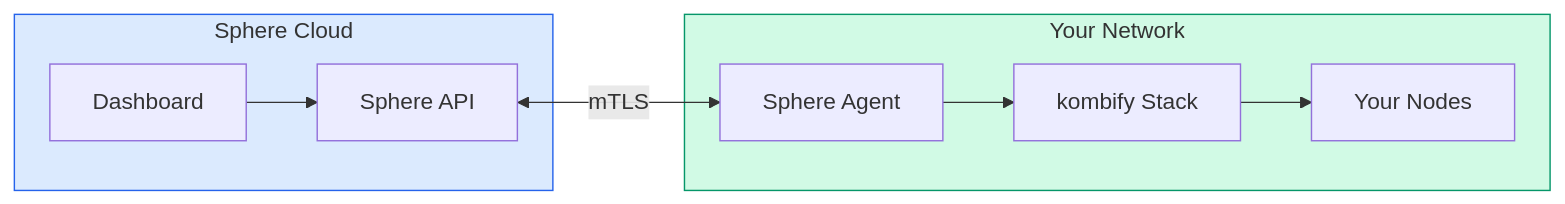
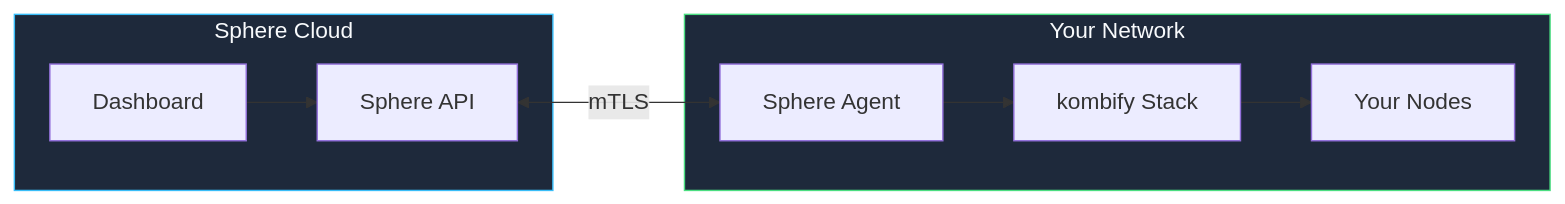
The diagram in sphere/getting-started.mdx (KombiverseLabs/docs), drawn with Mermaid before and after one commit. The commit also changed 33 other files, not shown here.

````diff
--- a/sphere/getting-started.mdx
+++ b/sphere/getting-started.mdx
@@ -64,21 +64,21 @@
 ```mermaid
 graph LR
     subgraph Sphere["Sphere Cloud"]
         Dashboard["Dashboard"]
         API["Sphere API"]
     end
     
     subgraph YourNetwork["Your Network"]
         Agent["Sphere Agent"]
         Stack["kombify Stack"]
         Nodes["Your Nodes"]
     end
     
     Dashboard --> API
     API <-->|mTLS| Agent
     Agent --> Stack
     Stack --> Nodes
     
-    style Sphere fill:#dbeafe,stroke:#2563eb
-    style YourNetwork fill:#d1fae5,stroke:#059669
+    style Sphere fill:#1e293b,stroke:#38bdf8,color:#f8fafc
+    style YourNetwork fill:#1e293b,stroke:#4ade80,color:#f8fafc
 ```
````
